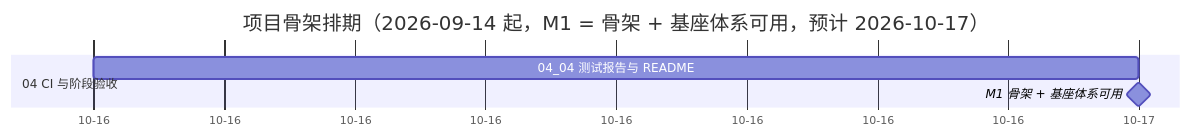
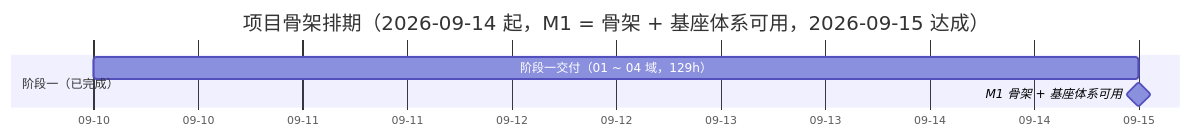
Before and after one commit to minjian123/basic-management-system: the diagram in bms文档/项目/01_项目骨架/计划/01_计划_项目骨架.md, drawn with Mermaid. The commit also changed other lines of this file and 10 other files, not shown here.

````diff
--- a/bms文档/项目/01_项目骨架/计划/01_计划_项目骨架.md
+++ b/bms文档/项目/01_项目骨架/计划/01_计划_项目骨架.md
@@ -114,9 +115,9 @@
 ```mermaid
 gantt
-    title 项目骨架排期（2026-09-14 起，M1 = 骨架 + 基座体系可用，预计 2026-10-17）
+    title 项目骨架排期（2026-09-14 起，M1 = 骨架 + 基座体系可用，2026-09-15 达成）
     dateFormat  YYYY-MM-DD
     axisFormat %m-%d
-    section 04 CI 与阶段验收
-    04_04 测试报告与 README :a44, 2026-10-16, 1d
-    M1 骨架 + 基座体系可用 :milestone, m1, 2026-10-17, 0d
+    section 阶段一（已完成）
+    阶段一交付（01 ~ 04 域，129h） :done1, 2026-09-10, 2026-09-15
+    M1 骨架 + 基座体系可用 :milestone, m1, 2026-09-15, 0d
 ```
````
